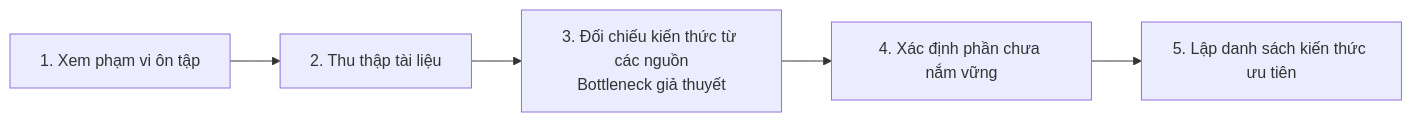
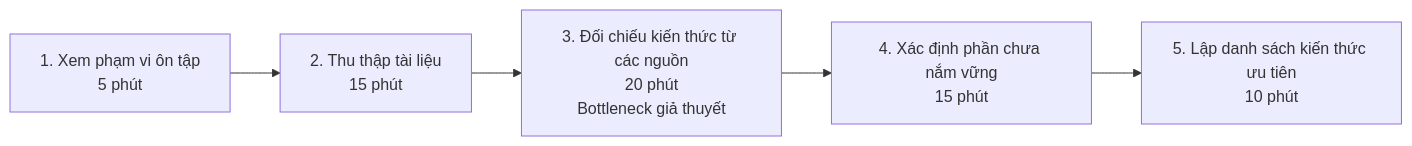
One commit to minhquannm0905-cloud/K5-L3B-Day02-D2-DiscoverProblemFraming changed the second of 3 diagrams in report/individual/2A202603722_MaiXuanKhang.md. Above: the diagram before and after it, drawn with Mermaid. The commit also changed other lines of this file, not shown here.

````diff
--- a/report/individual/2A202603722_MaiXuanKhang.md
+++ b/report/individual/2A202603722_MaiXuanKhang.md
@@ -83,9 +85,9 @@
 ```mermaid
 flowchart LR
-    A["1. Xem phạm vi ôn tập"]
-    B["2. Thu thập tài liệu"]
-    C["3. Đối chiếu kiến thức từ các nguồn<br/>Bottleneck giả thuyết"]
-    D["4. Xác định phần chưa nắm vững"]
-    E["5. Lập danh sách kiến thức ưu tiên"]
+    A["1. Xem phạm vi ôn tập<br/>5 phút"]
+    B["2. Thu thập tài liệu<br/>15 phút"]
+    C["3. Đối chiếu kiến thức từ các nguồn<br/>20 phút<br/>Bottleneck giả thuyết"]
+    D["4. Xác định phần chưa nắm vững<br/>15 phút"]
+    E["5. Lập danh sách kiến thức ưu tiên<br/>10 phút"]
     A --> B --> C --> D --> E
 ```
````
